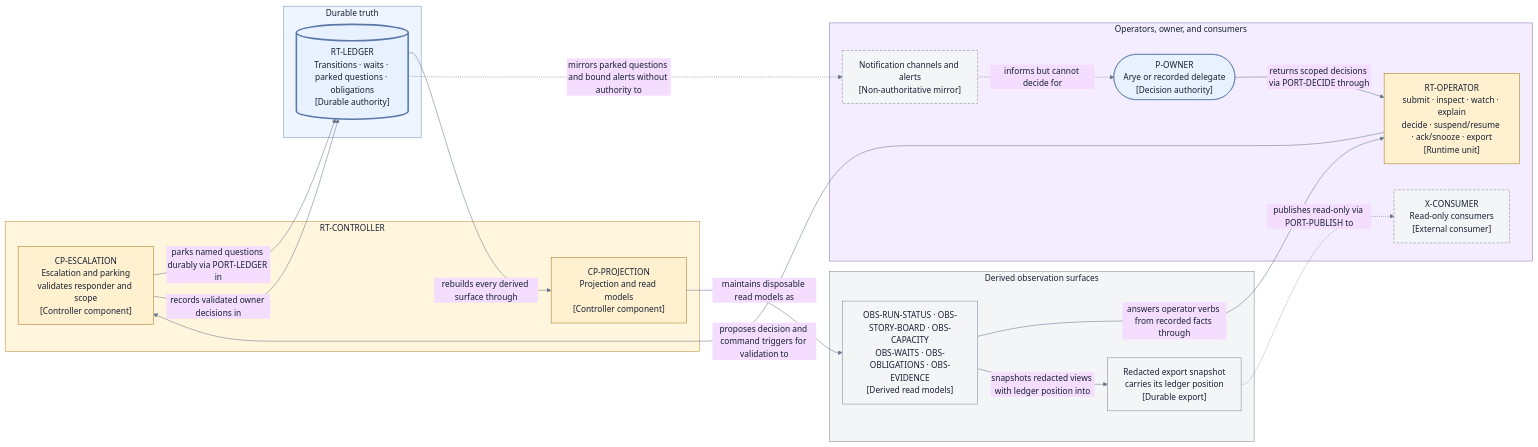
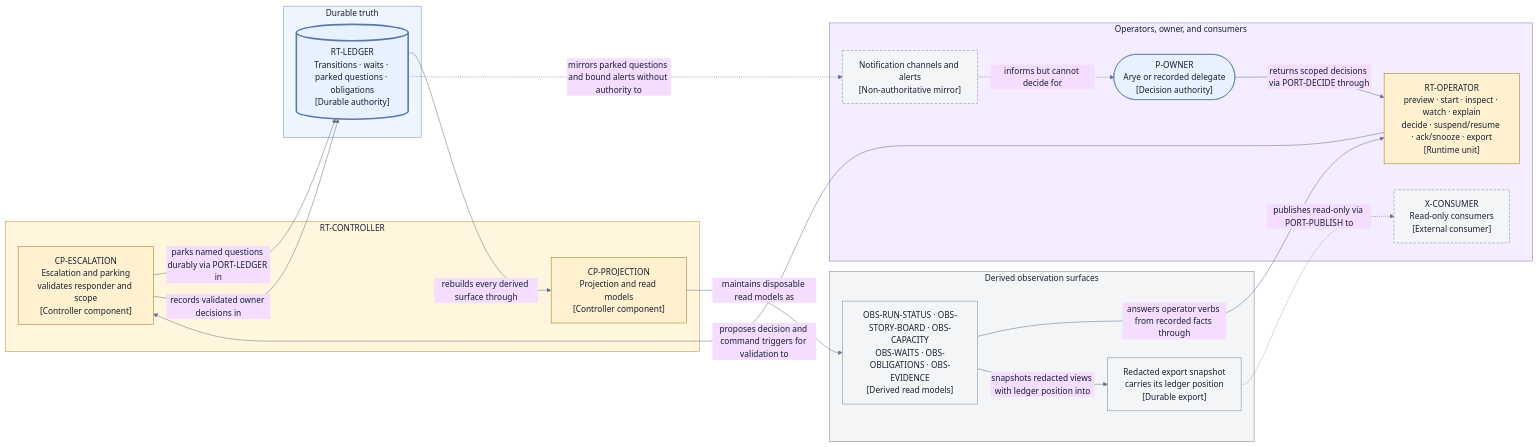
Before and after one commit to agentic-workflow-kit/jig: the diagram in docs/redesign/design/operations-and-observability.md, drawn with Mermaid. The commit also changed other lines of this file and 33 other files, not shown here.

````diff
--- a/docs/redesign/design/operations-and-observability.md
+++ b/docs/redesign/design/operations-and-observability.md
@@ -143,50 +164,50 @@
 ```mermaid
 %%{init: {"theme": "base", "themeVariables": {"fontFamily": "Inter, ui-sans-serif, system-ui", "primaryTextColor": "#172033", "lineColor": "#65758b"}}}%%
 flowchart LR
     subgraph Controller["RT-CONTROLLER"]
         Escalation["CP-ESCALATION<br/>Escalation and parking<br/>validates responder and scope<br/>[Controller component]"]
         Projection["CP-PROJECTION<br/>Projection and read models<br/>[Controller component]"]
     end
     subgraph Durable["Durable truth"]
         Ledger[("RT-LEDGER<br/>Transitions · waits · parked questions · obligations<br/>[Durable authority]")]
     end
     subgraph Surfaces["Derived observation surfaces"]
         Models["OBS-RUN-STATUS · OBS-STORY-BOARD · OBS-CAPACITY<br/>OBS-WAITS · OBS-OBLIGATIONS · OBS-EVIDENCE<br/>[Derived read models]"]
         Export["Redacted export snapshot<br/>carries its ledger position<br/>[Durable export]"]
     end
     subgraph Outside["Operators, owner, and consumers"]
-        Operator["RT-OPERATOR<br/>submit · inspect · watch · explain<br/>decide · suspend/resume · ack/snooze · export<br/>[Runtime unit]"]
+        Operator["RT-OPERATOR<br/>preview · start · inspect · watch · explain<br/>decide · suspend/resume · ack/snooze · export<br/>[Runtime unit]"]
         Notify["Notification channels and alerts<br/>[Non-authoritative mirror]"]
         Owner(["P-OWNER<br/>Arye or recorded delegate<br/>[Decision authority]"])
         Consumer["X-CONSUMER<br/>Read-only consumers<br/>[External consumer]"]
     end
 
     Escalation -->|"parks named questions durably via PORT-LEDGER in"| Ledger
     Ledger -->|"rebuilds every derived surface through"| Projection
     Projection -->|"maintains disposable read models as"| Models
     Models -->|"answers operator verbs from recorded facts through"| Operator
     Models -->|"snapshots redacted views with ledger position into"| Export
     Export -.->|"publishes read-only via PORT-PUBLISH to"| Consumer
     Ledger -.->|"mirrors parked questions and bound alerts without authority to"| Notify
     Notify -.->|"informs but cannot decide for"| Owner
     Owner -->|"returns scoped decisions via PORT-DECIDE through"| Operator
     Operator -->|"proposes decision and command triggers for validation to"| Escalation
     Escalation -->|"records validated owner decisions in"| Ledger
 
     style Controller fill:#fff6dd,stroke:#b8903a,color:#172033
     style Durable fill:#eef5ff,stroke:#7a96bd,color:#172033
     style Surfaces fill:#f4f5f7,stroke:#7c8798,color:#172033
     style Outside fill:#f3edff,stroke:#8a6eb0,color:#172033
     classDef component fill:#fff1cf,stroke:#a8781f,color:#172033
     classDef authority fill:#e8f1ff,stroke:#5a78a8,stroke-width:3px,color:#172033
     classDef derived fill:#f4f5f7,stroke:#7c8798,color:#172033
     classDef unit fill:#fff1cf,stroke:#a8781f,color:#172033
     classDef mirror fill:#f4f5f7,stroke:#7c8798,stroke-dasharray:5 3,color:#172033
     classDef person fill:#e8f1ff,stroke:#5a78a8,color:#172033
     class Escalation,Projection component
     class Ledger authority
     class Models,Export derived
     class Operator unit
     class Notify,Consumer mirror
     class Owner person
 ```
````
